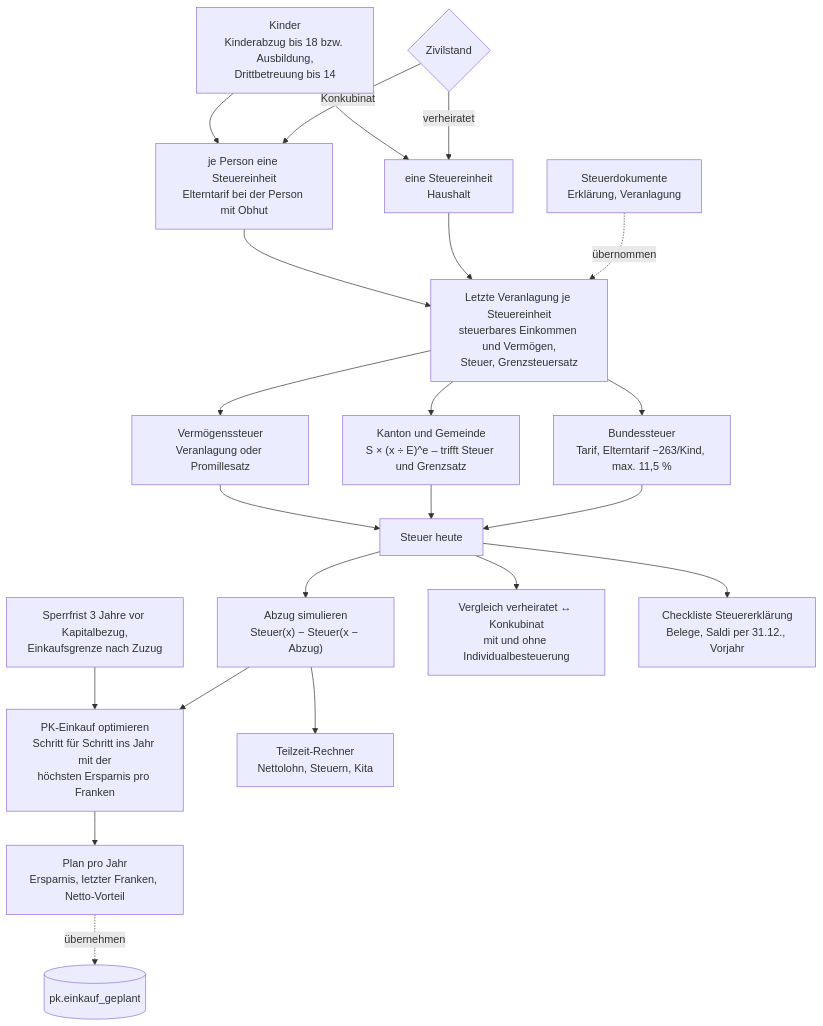
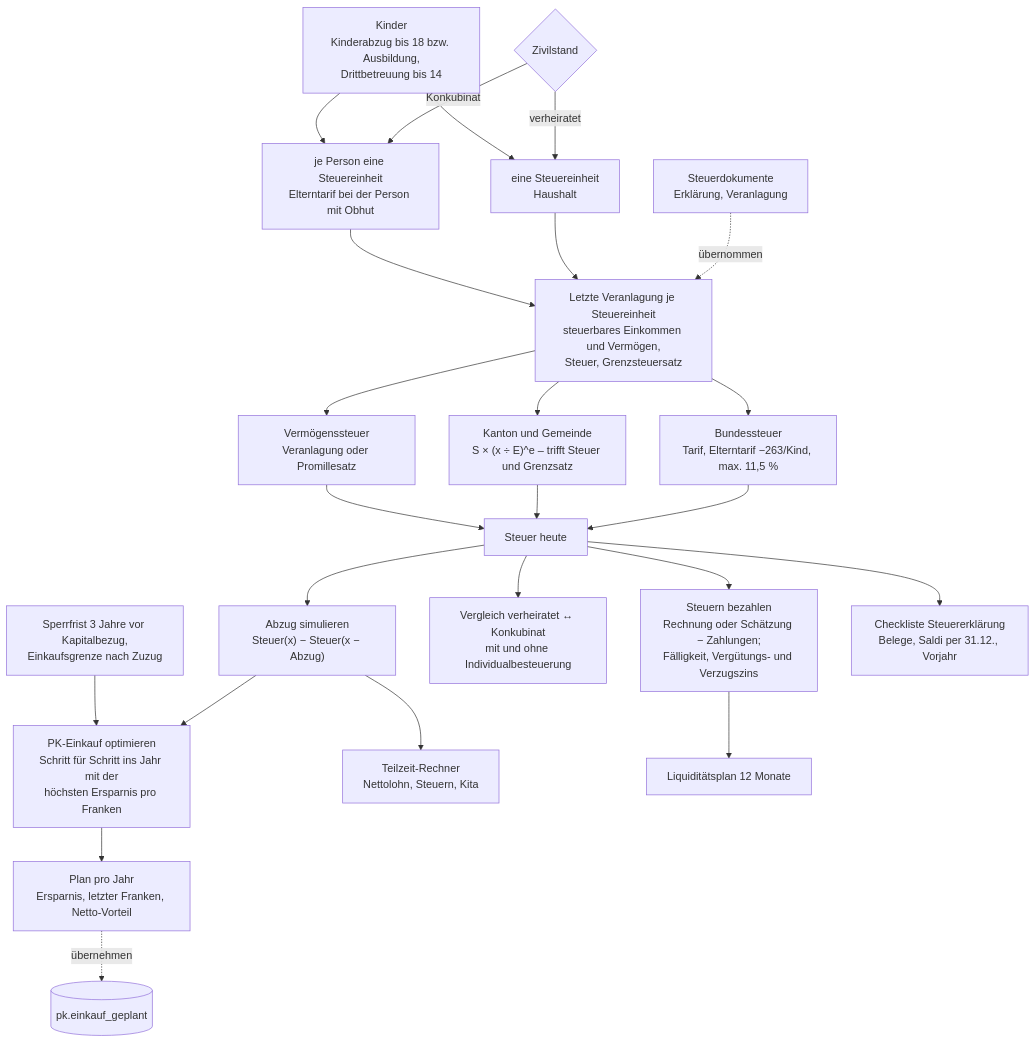
The diagram in docs/steuern.mmd (khu1985/finanz-ha), drawn with Mermaid before and after one commit. The commit also changed 18 other files, not shown here.

Commit message:
0.49.0: Liquiditätsplan 12 Monate und Steuern bezahlen

```diff
--- a/docs/steuern.mmd
+++ b/docs/steuern.mmd
@@ -1,20 +1,22 @@
 flowchart TD
     SD["Steuerdokumente<br/>Erklärung, Veranlagung"] -. übernommen .-> REF
     REF["Letzte Veranlagung je Steuereinheit<br/>steuerbares Einkommen und Vermögen,<br/>Steuer, Grenzsteuersatz"] --> KT
     REF --> BU
     REF --> VS["Vermögenssteuer<br/>Veranlagung oder Promillesatz"]
     EH{"Zivilstand"} -- verheiratet --> E1["eine Steuereinheit<br/>Haushalt"]
     EH -- Konkubinat --> E2["je Person eine Steuereinheit<br/>Elterntarif bei der Person mit Obhut"]
     KI["Kinder<br/>Kinderabzug bis 18 bzw. Ausbildung,<br/>Drittbetreuung bis 14"] --> E1 & E2
     E1 & E2 --> REF
     BU["Bundessteuer<br/>Tarif, Elterntarif −263/Kind, max. 11,5 %"] --> T["Steuer heute"]
     KT["Kanton und Gemeinde<br/>S × (x ÷ E)^e – trifft Steuer und Grenzsatz"] --> T
     VS --> T
     T --> AB["Abzug simulieren<br/>Steuer(x) − Steuer(x − Abzug)"]
     AB --> OPT["PK-Einkauf optimieren<br/>Schritt für Schritt ins Jahr mit der<br/>höchsten Ersparnis pro Franken"]
     SP["Sperrfrist 3 Jahre vor Kapitalbezug,<br/>Einkaufsgrenze nach Zuzug"] --> OPT
     OPT --> PLAN["Plan pro Jahr<br/>Ersparnis, letzter Franken, Netto-Vorteil"]
     PLAN -. übernehmen .-> EK[("pk.einkauf_geplant")]
     AB --> TZ["Teilzeit-Rechner<br/>Nettolohn, Steuern, Kita"]
     T --> HV["Vergleich verheiratet ↔ Konkubinat<br/>mit und ohne Individualbesteuerung"]
+    T --> BZ["Steuern bezahlen<br/>Rechnung oder Schätzung − Zahlungen;<br/>Fälligkeit, Vergütungs- und Verzugszins"]
+    BZ --> LQ["Liquiditätsplan 12 Monate"]
     T --> CL["Checkliste Steuererklärung<br/>Belege, Saldi per 31.12., Vorjahr"]
```
